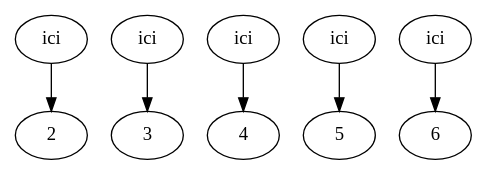
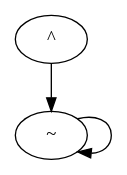
The diagram in temporary1.dot (adamsekkat1/projetInfo), drawn with Graphviz before and after one commit. The commit also changed 7 other files, not shown here.

```diff
--- a/temporary1.dot
+++ b/temporary1.dot
@@ -1,17 +1,6 @@
 digraph G{
-   2[input=false,output=false];
-   3[input=false,output=false];
-   4[input=false,output=false];
-   5[input=false,output=false];
-   6[input=false,output=false];
-   7 [label="ici",input=false,output=false];
-   8 [label="ici",input=false,output=false];
-   9 [label="ici",input=false,output=false];
-   10 [label="ici",input=false,output=false];
-   11 [label="ici",input=false,output=false];
-   7->2;
-   8->3;
-   9->4;
-   10->5;
-   11->6;
+   0 [label="^",input=false,output=false];
+   1 [label="~",input=false,output=false];
+   0->1;
+   1->1;
 }
```
